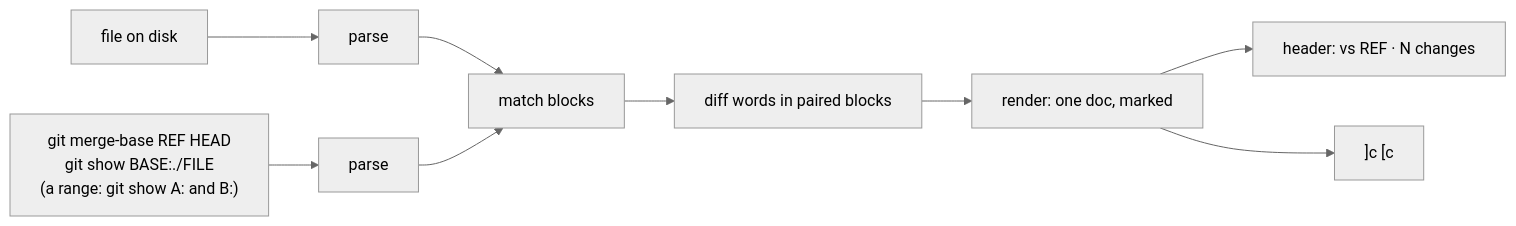
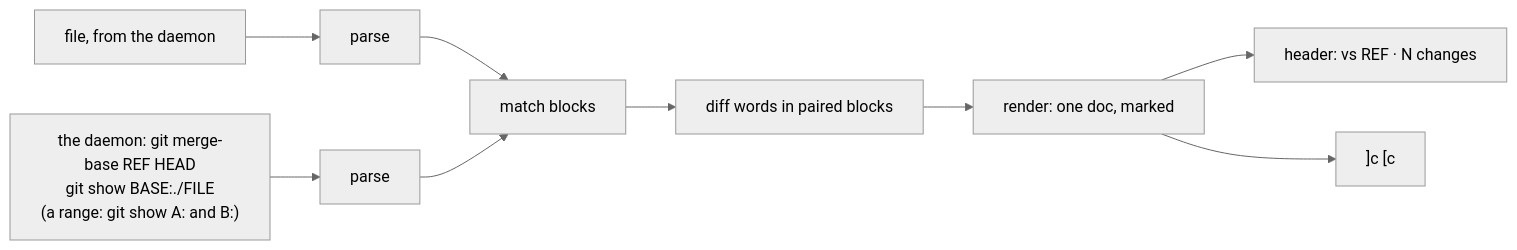
One commit to tampopogk/kanna changed the diagram in docs/specs/markdown-diff.md. Above: the diagram before and after it, drawn with Mermaid (neutral theme). The commit also changed other lines of this file and 19 other files, not shown here.

````diff
--- a/docs/specs/markdown-diff.md
+++ b/docs/specs/markdown-diff.md
@@ -66,11 +66,11 @@
 ```mermaid
 flowchart LR
-    F[file on disk] --> P1[parse]
-    G["git merge-base REF HEAD<br/>git show BASE:./FILE<br/>(a range: git show A: and B:)"] --> P2[parse]
+    F["file, from the daemon"] --> P1[parse]
+    G["the daemon: git merge-base REF HEAD<br/>git show BASE:./FILE<br/>(a range: git show A: and B:)"] --> P2[parse]
     P1 --> B[match blocks]
     P2 --> B
     B --> W[diff words in paired blocks]
     W --> R[render: one doc, marked]
     R --> H["header: vs REF · N changes"]
     R --> K["]c [c"]
 ```
````
